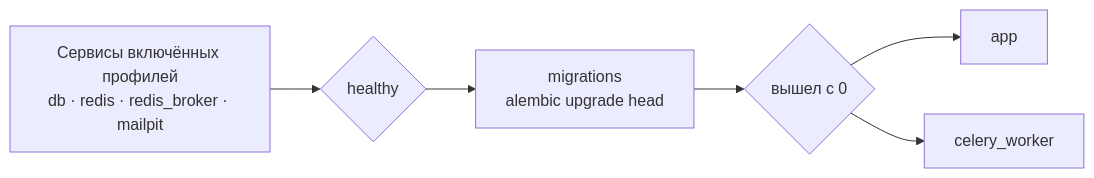
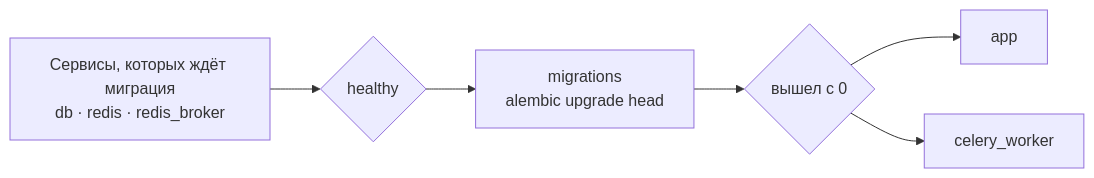
One commit to IAMN1/link-shortener changed the diagram in docs/getting-started.ru.md. Above: the diagram before and after it, drawn with Mermaid. The commit also changed other lines of this file and 15 other files, not shown here.

````diff
--- a/docs/getting-started.ru.md
+++ b/docs/getting-started.ru.md
@@ -260,8 +260,8 @@
 ```mermaid
 flowchart LR
-    P["Сервисы включённых профилей<br/>db · redis · redis_broker · mailpit"] --> H{healthy}
+    P["Сервисы, которых ждёт миграция<br/>db · redis · redis_broker"] --> H{healthy}
     H --> M["migrations<br/>alembic upgrade head"]
     M --> E{вышел с 0}
     E --> APP[app]
     E --> CEL[celery_worker]
 ```
````
